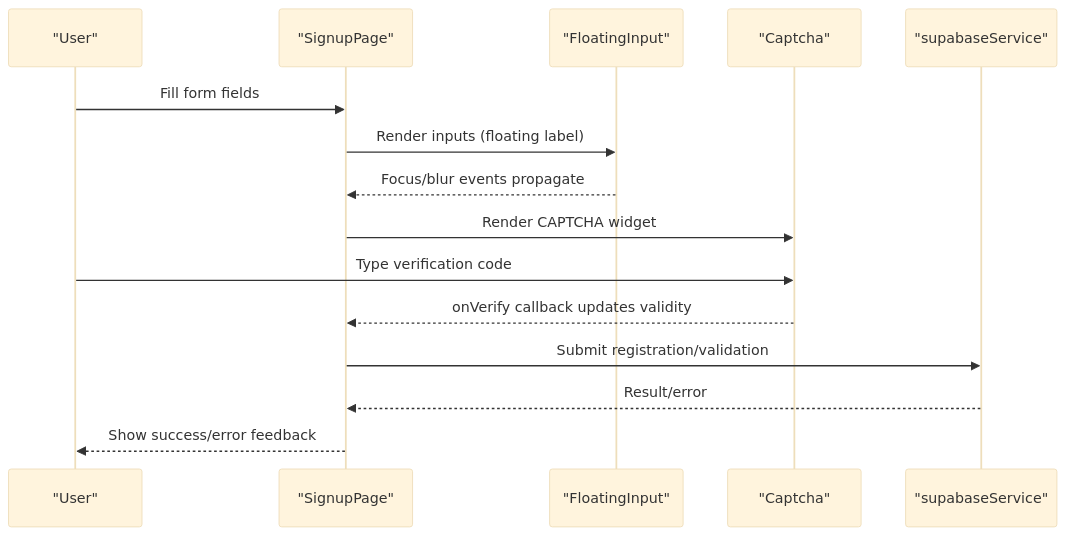
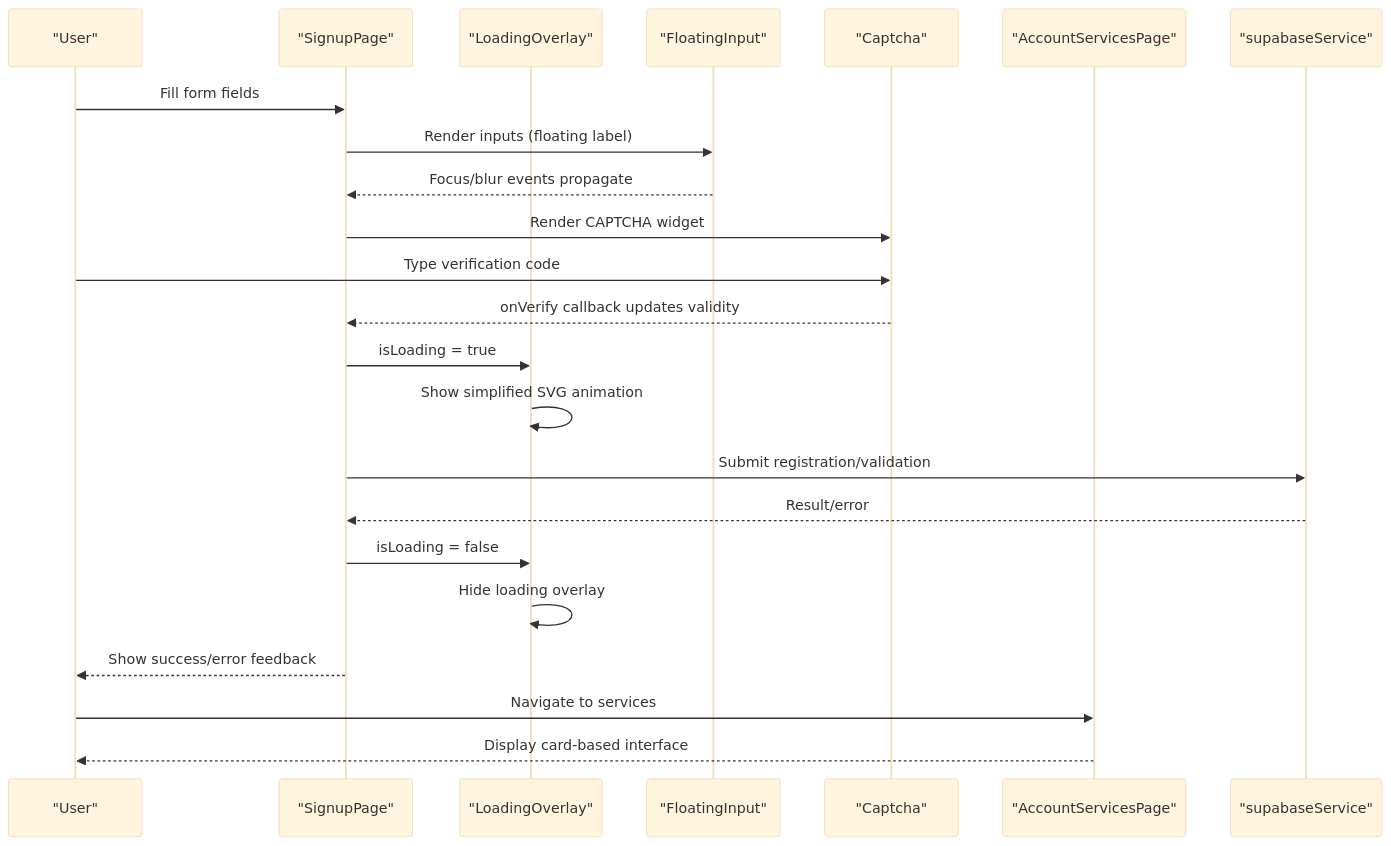
One commit to zpria/ACCOUND-ZPRIA changed the second of 7 diagrams in .qoder/repowiki/en/content/UI Component Library/UI Component Library.md. Above: the diagram before and after it, drawn with Mermaid (base theme). The commit also changed other lines of this file and 12 other files, not shown here.

````diff
--- a/.qoder/repowiki/en/content/UI Component Library/UI Component Library.md
+++ b/.qoder/repowiki/en/content/UI Component Library/UI Component Library.md
@@ -84,17 +126,25 @@
 ```mermaid
 sequenceDiagram
 participant U as "User"
 participant SP as "SignupPage"
+participant LO as "LoadingOverlay"
 participant FI as "FloatingInput"
 participant CA as "Captcha"
+participant AS as "AccountServicesPage"
 participant SB as "supabaseService"
 U->>SP : Fill form fields
 SP->>FI : Render inputs (floating label)
 FI-->>SP : Focus/blur events propagate
 SP->>CA : Render CAPTCHA widget
 U->>CA : Type verification code
 CA-->>SP : onVerify callback updates validity
+SP->>LO : isLoading = true
+LO->>LO : Show simplified SVG animation
 SP->>SB : Submit registration/validation
 SB-->>SP : Result/error
+SP->>LO : isLoading = false
+LO->>LO : Hide loading overlay
 SP-->>U : Show success/error feedback
+U->>AS : Navigate to services
+AS-->>U : Display card-based interface
 ```
````
